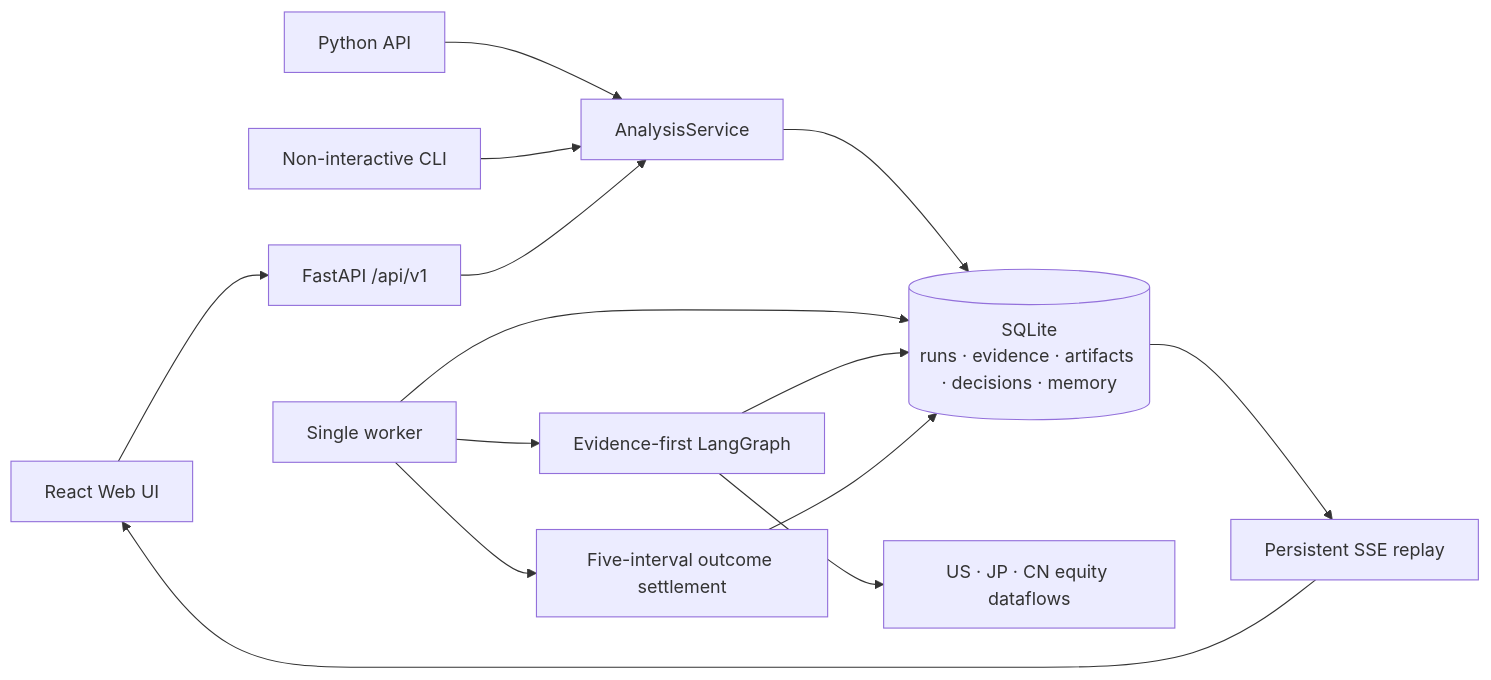
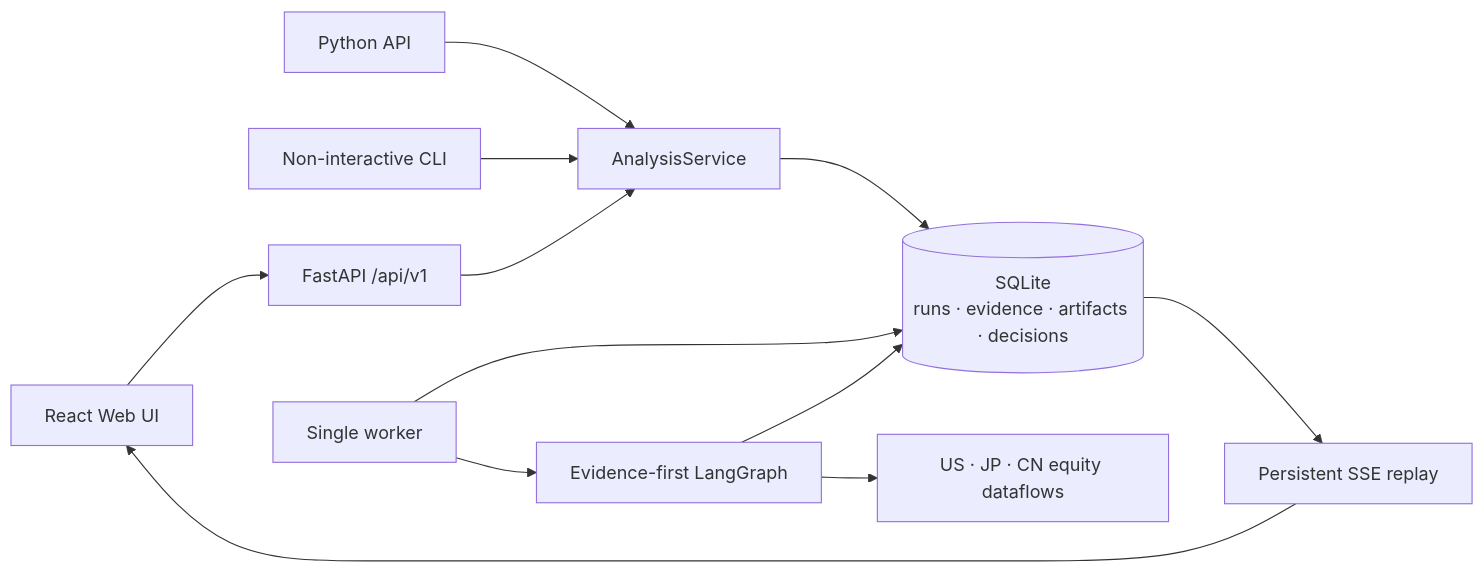
Before and after one commit to qingchiang/trading-agents-x: the diagram in README.md, drawn with Mermaid. The commit also changed other lines of this file and 62 other files, not shown here.

````diff
--- a/README.md
+++ b/README.md
@@ -157,16 +153,14 @@
 ```mermaid
 flowchart LR
     UI["React Web UI"] --> API["FastAPI /api/v1"]
     PY["Python API"] --> SVC["AnalysisService"]
     CLI["Non-interactive CLI"] --> SVC
     API --> SVC
-    SVC --> DB[("SQLite<br/>runs · evidence · artifacts · decisions · memory")]
+    SVC --> DB[("SQLite<br/>runs · evidence · artifacts · decisions")]
     WORKER["Single worker"] --> DB
     WORKER --> GRAPH["Evidence-first LangGraph"]
     GRAPH --> DATA["US · JP · CN equity dataflows"]
     GRAPH --> DB
-    WORKER --> OUTCOME["Five-interval outcome settlement"]
-    OUTCOME --> DB
     DB --> SSE["Persistent SSE replay"]
     SSE --> UI
 ```
````
